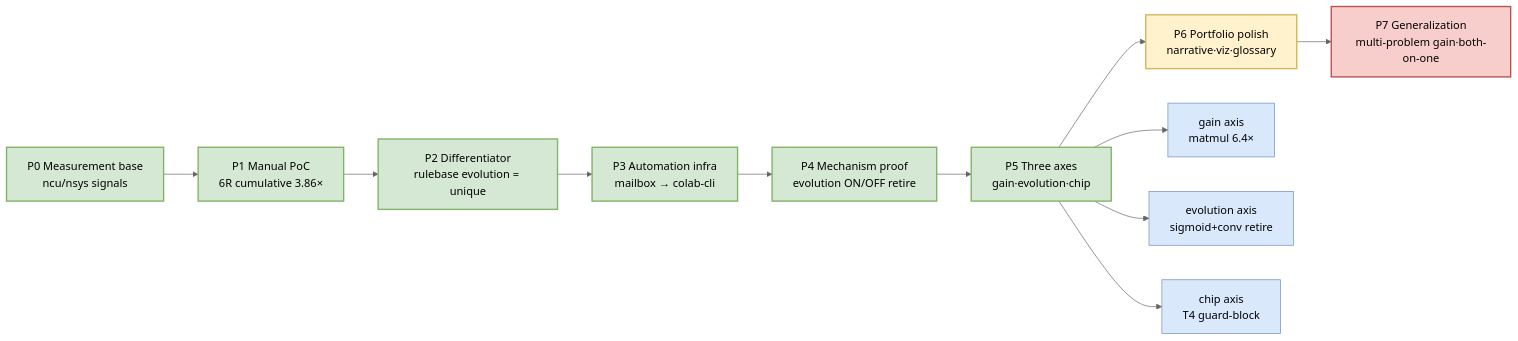
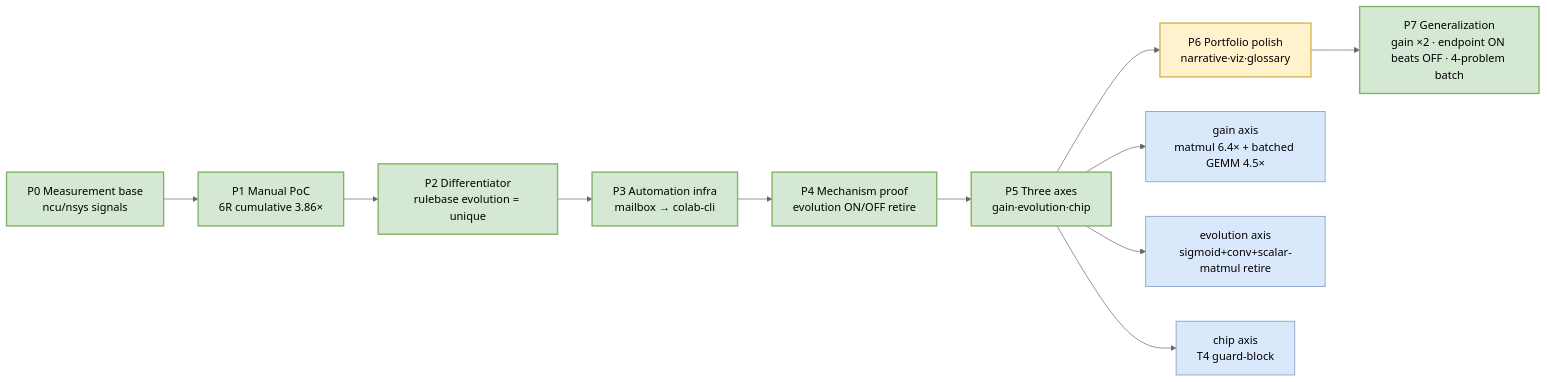
The first of 3 diagrams in README.md (alexxony/gpu-solver-loop), drawn with Mermaid (neutral theme) before and after one commit. The commit also changed other lines of this file and 2 other files, not shown here.

First line of the commit message:
포트폴리오 마무리: endpoint 5.75× + 자연 4문제 통계 반영 (README·index.html·endpoint 차트)

````diff
--- a/README.md
+++ b/README.md
@@ -22,23 +26,21 @@
 ```mermaid
 flowchart LR
     P0["P0 Measurement base<br/>ncu/nsys signals"] --> P1["P1 Manual PoC<br/>6R cumulative 3.86×"]
     P1 --> P2["P2 Differentiator<br/>rulebase evolution = unique"]
     P2 --> P3["P3 Automation infra<br/>mailbox → colab-cli"]
     P3 --> P4["P4 Mechanism proof<br/>evolution ON/OFF retire"]
     P4 --> P5["P5 Three axes<br/>gain·evolution·chip"]
     P5 --> P6["P6 Portfolio polish<br/>narrative·viz·glossary"]
-    P6 --> P7["P7 Generalization<br/>multi-problem gain·both-on-one"]
+    P6 --> P7["P7 Generalization<br/>gain ×2 · endpoint ON beats OFF · 4-problem batch"]
 
-    P5 --> A1["gain axis<br/>matmul 6.4×"]
-    P5 --> A2["evolution axis<br/>sigmoid+conv retire"]
+    P5 --> A1["gain axis<br/>matmul 6.4× + batched GEMM 4.5×"]
+    P5 --> A2["evolution axis<br/>sigmoid+conv+scalar-matmul retire"]
     P5 --> A3["chip axis<br/>T4 guard-block"]
 
     classDef done fill:#d5e8d4,stroke:#82b366,stroke-width:2px;
     classDef wip fill:#fff2cc,stroke:#d6b656,stroke-width:2px;
-    classDef future fill:#f8cecc,stroke:#b85450,stroke-width:2px;
     classDef axis fill:#dae8fc,stroke:#6c8ebf,stroke-width:1px;
-    class P0,P1,P2,P3,P4,P5 done
+    class P0,P1,P2,P3,P4,P5,P7 done
     class P6 wip
-    class P7 future
     class A1,A2,A3 axis
 ```
````
